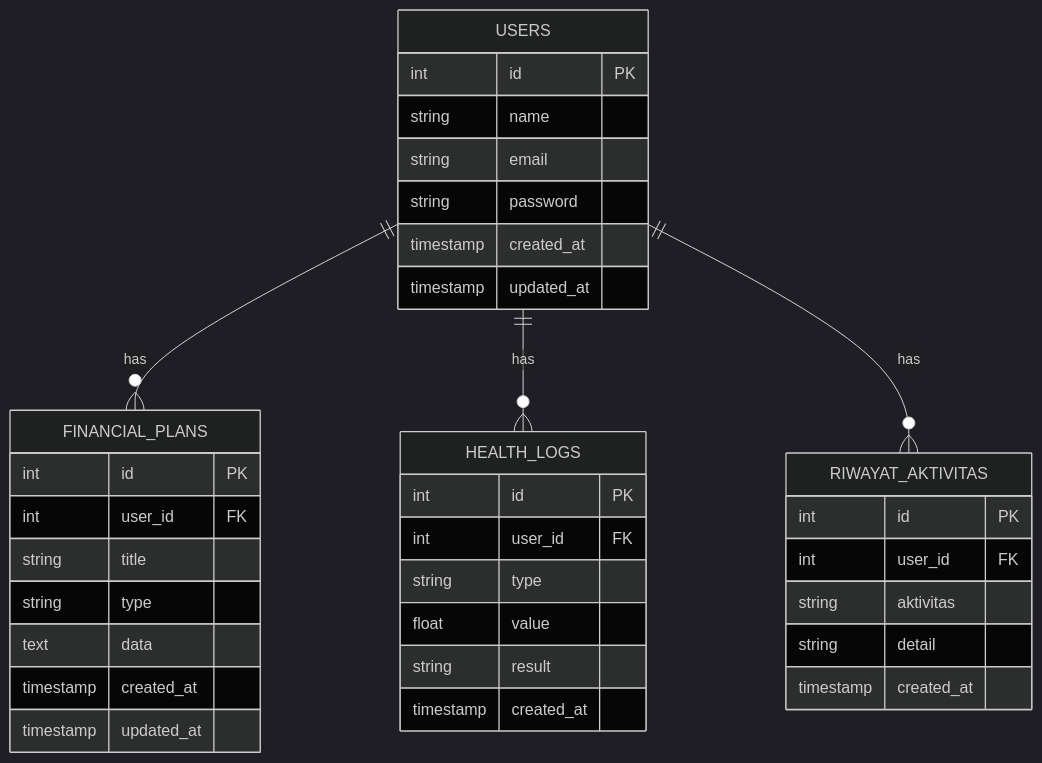
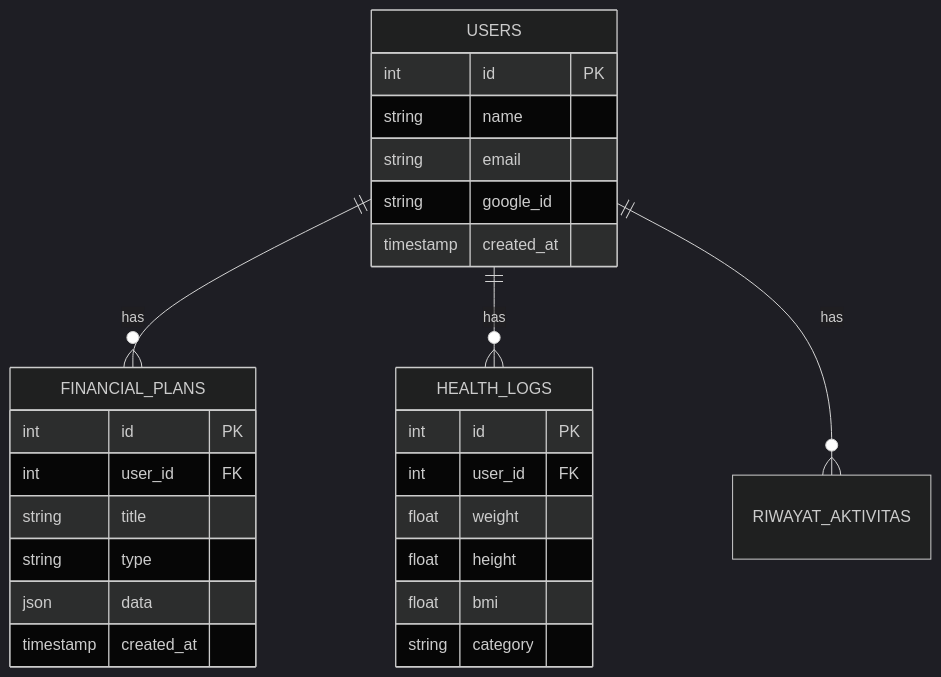
Before and after one commit to falcon-ioi/Caclcon: the third of 3 diagrams in README.md, drawn with Mermaid (dark theme). The commit also changed other lines of this file and 5 other files, not shown here.

````diff
--- a/README.md
+++ b/README.md
@@ -146,42 +128,32 @@
 ```mermaid
 erDiagram
     USERS ||--o{ FINANCIAL_PLANS : has
     USERS ||--o{ HEALTH_LOGS : has
     USERS ||--o{ RIWAYAT_AKTIVITAS : has
     
     USERS {
         int id PK
         string name
         string email
-        string password
+        string google_id
         timestamp created_at
-        timestamp updated_at
     }
     
     FINANCIAL_PLANS {
         int id PK
         int user_id FK
         string title
         string type
-        text data
+        json data
         timestamp created_at
-        timestamp updated_at
     }
     
     HEALTH_LOGS {
         int id PK
         int user_id FK
-        string type
-        float value
-        string result
-        timestamp created_at
-    }
-    
-    RIWAYAT_AKTIVITAS {
-        int id PK
-        int user_id FK
-        string aktivitas
-        string detail
-        timestamp created_at
+        float weight
+        float height
+        float bmi
+        string category
     }
 ```
````
